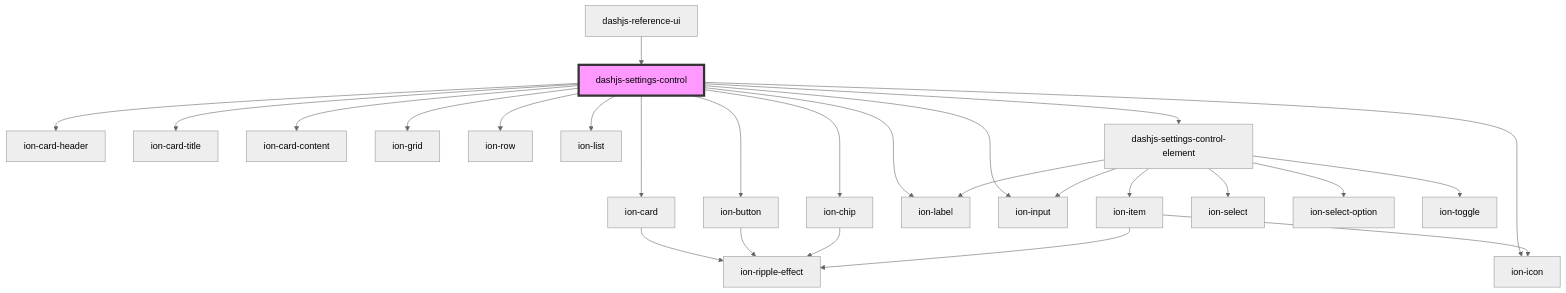
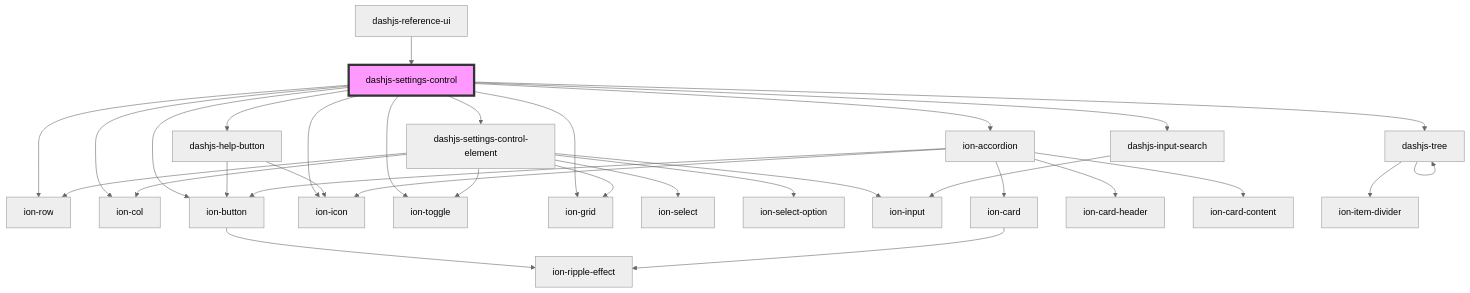
One commit to AWTPJ2021/dash-reference-ui changed the diagram in src/components/dashjs-settings-control/readme.md. Above: the diagram before and after it, drawn with Mermaid (neutral theme). The commit also changed other lines of this file and 46 other files, not shown here.

````diff
--- a/src/components/dashjs-settings-control/readme.md
+++ b/src/components/dashjs-settings-control/readme.md
@@ -58,29 +56,35 @@
 ```mermaid
 graph TD;
-  dashjs-settings-control --> ion-card
-  dashjs-settings-control --> ion-card-header
-  dashjs-settings-control --> ion-card-title
+  dashjs-settings-control --> ion-row
+  dashjs-settings-control --> ion-col
   dashjs-settings-control --> ion-button
   dashjs-settings-control --> ion-icon
-  dashjs-settings-control --> ion-card-content
+  dashjs-settings-control --> dashjs-settings-control-element
+  dashjs-settings-control --> dashjs-help-button
+  dashjs-settings-control --> ion-accordion
+  dashjs-settings-control --> ion-toggle
   dashjs-settings-control --> ion-grid
-  dashjs-settings-control --> ion-row
-  dashjs-settings-control --> ion-chip
-  dashjs-settings-control --> ion-label
-  dashjs-settings-control --> ion-input
-  dashjs-settings-control --> ion-list
-  dashjs-settings-control --> dashjs-settings-control-element
-  ion-card --> ion-ripple-effect
+  dashjs-settings-control --> dashjs-tree
+  dashjs-settings-control --> dashjs-input-search
   ion-button --> ion-ripple-effect
-  ion-chip --> ion-ripple-effect
-  dashjs-settings-control-element --> ion-item
-  dashjs-settings-control-element --> ion-label
   dashjs-settings-control-element --> ion-select
   dashjs-settings-control-element --> ion-select-option
   dashjs-settings-control-element --> ion-input
   dashjs-settings-control-element --> ion-toggle
-  ion-item --> ion-icon
-  ion-item --> ion-ripple-effect
+  dashjs-settings-control-element --> ion-grid
+  dashjs-settings-control-element --> ion-row
+  dashjs-settings-control-element --> ion-col
+  dashjs-help-button --> ion-button
+  dashjs-help-button --> ion-icon
+  ion-accordion --> ion-card
+  ion-accordion --> ion-card-header
+  ion-accordion --> ion-button
+  ion-accordion --> ion-icon
+  ion-accordion --> ion-card-content
+  ion-card --> ion-ripple-effect
+  dashjs-tree --> dashjs-tree
+  dashjs-tree --> ion-item-divider
+  dashjs-input-search --> ion-input
   dashjs-reference-ui --> dashjs-settings-control
   style dashjs-settings-control fill:#f9f,stroke:#333,stroke-width:4px
 ```
````
